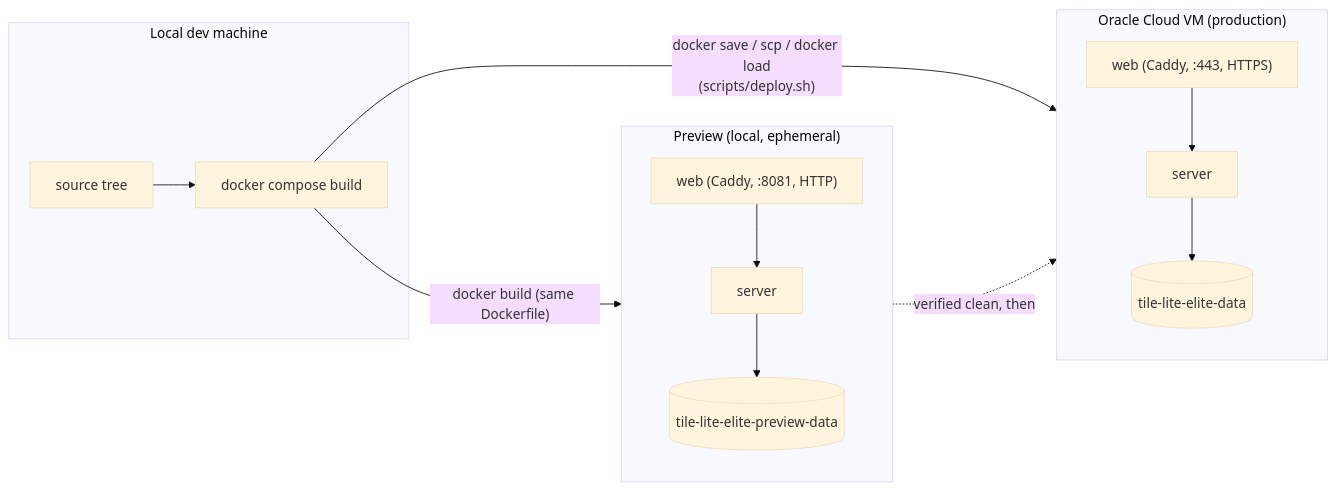
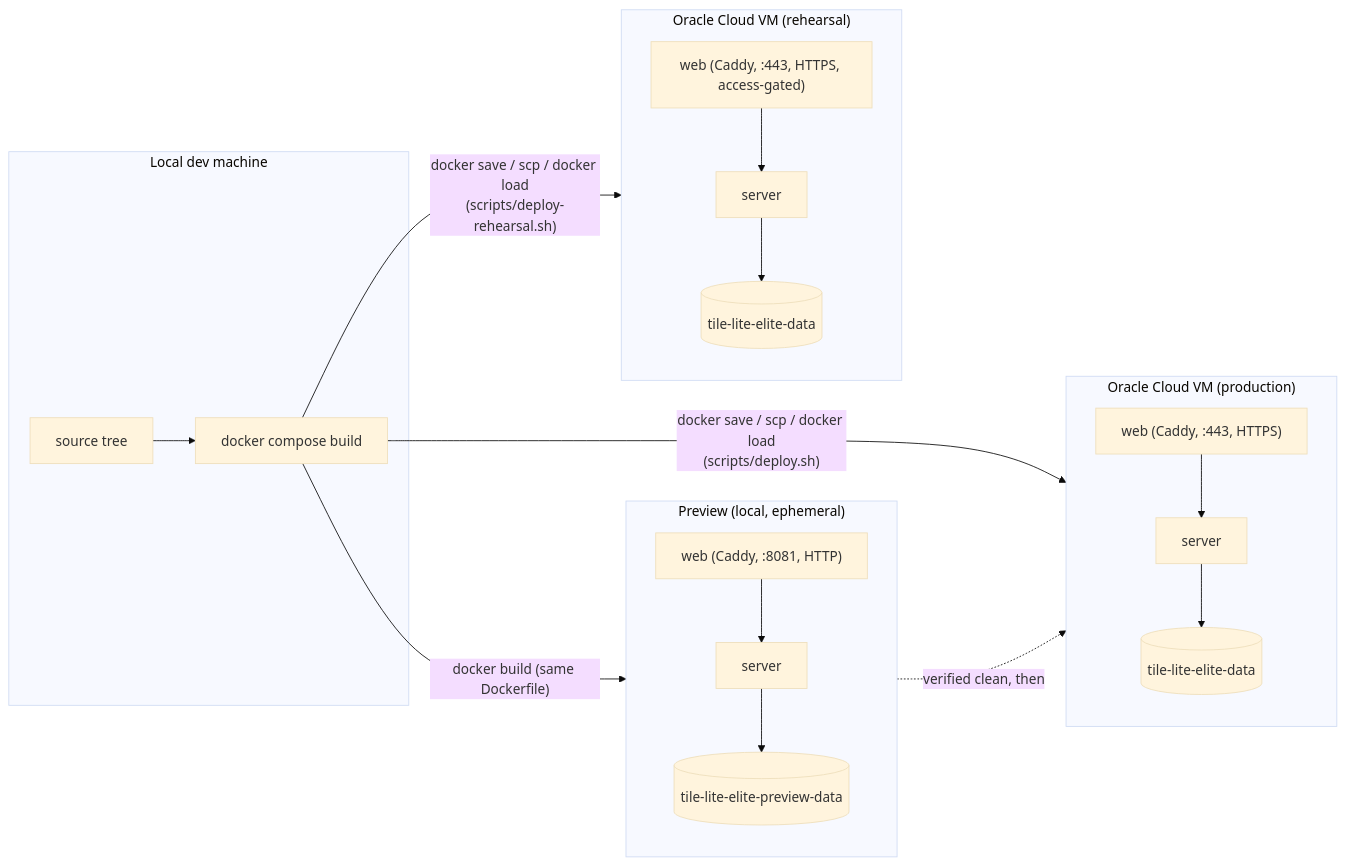
Before and after one commit to delphside/tile-lite-elite: the diagram in docs/1.1-architecture.md, drawn with Mermaid (base theme). The commit also changed other lines of this file and 4 other files, not shown here.

First line of the commit message:
app 0.8.2 api 2.13: the view standard is written down, and every diagram declares itself

````diff
--- a/docs/1.1-architecture.md
+++ b/docs/1.1-architecture.md
@@ -16,20 +18,26 @@
 ```mermaid
 flowchart LR
     subgraph DevMachine["Local dev machine"]
         Src[source tree] --> Build[docker compose build]
     end
 
     subgraph PreviewEnv["Preview (local, ephemeral)"]
         PreviewWeb["web (Caddy, :8081, HTTP)"] --> PreviewServer["server"]
         PreviewServer --> PreviewDB[("tile-lite-elite-preview-data")]
     end
 
+    subgraph RehearsalVM["Oracle Cloud VM (rehearsal)"]
+        RehWeb["web (Caddy, :443, HTTPS, access-gated)"] --> RehServer["server"]
+        RehServer --> RehDB[("tile-lite-elite-data")]
+    end
+
     subgraph ProdVM["Oracle Cloud VM (production)"]
         ProdWeb["web (Caddy, :443, HTTPS)"] --> ProdServer["server"]
         ProdServer --> ProdDB[("tile-lite-elite-data")]
     end
 
     Build -- "docker build (same Dockerfile)" --> PreviewEnv
+    Build -- "docker save / scp / docker load\n(scripts/deploy-rehearsal.sh)" --> RehearsalVM
     Build -- "docker save / scp / docker load\n(scripts/deploy.sh)" --> ProdVM
     PreviewEnv -. "verified clean, then" .-> ProdVM
 ```
````
